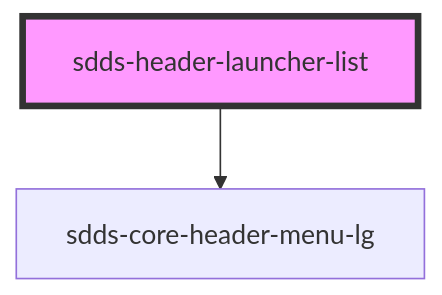
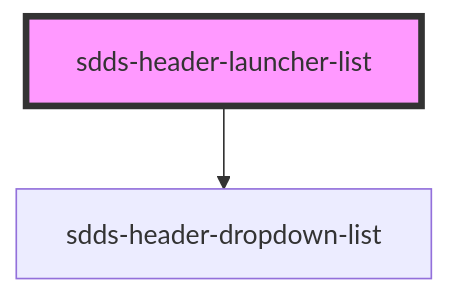
One commit to scania-digital-design-system/sdds changed the diagram in tegel/src/components/header/webcomponent/header-launcher-list/readme.md. Above: the diagram before and after it, drawn with Mermaid. The commit also changed other lines of this file and 11 other files, not shown here.

Commit message:
refactor(header): remove unnecessary 'core-' components

````diff
--- a/tegel/src/components/header/webcomponent/header-launcher-list/readme.md
+++ b/tegel/src/components/header/webcomponent/header-launcher-list/readme.md
@@ -15,5 +15,5 @@
 ```mermaid
 graph TD;
-  sdds-header-launcher-list --> sdds-core-header-menu-lg
+  sdds-header-launcher-list --> sdds-header-dropdown-list
   style sdds-header-launcher-list fill:#f9f,stroke:#333,stroke-width:4px
 ```
````
